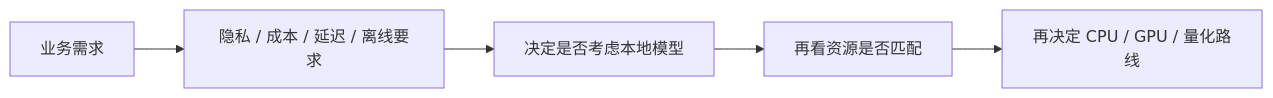
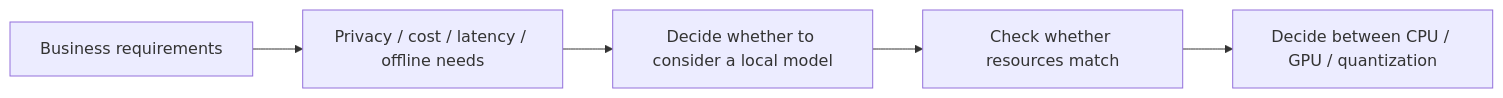
Before and after one commit to oudbiao/AI-fullstack-course: the diagram in docs/ch08-rag/ch02-deployment/01-local-models.md, drawn with Mermaid. The commit also changed other lines of this file and 1406 other files, not shown here.

````diff
--- a/docs/ch08-rag/ch02-deployment/01-local-models.md
+++ b/docs/ch08-rag/ch02-deployment/01-local-models.md
@@ -39,7 +39,7 @@
 ```mermaid
 flowchart LR
-    A["业务需求"] --> B["隐私 / 成本 / 延迟 / 离线要求"]
-    B --> C["决定是否考虑本地模型"]
-    C --> D["再看资源是否匹配"]
-    D --> E["再决定 CPU / GPU / 量化路线"]
+    A["Business requirements"] --> B["Privacy / cost / latency / offline needs"]
+    B --> C["Decide whether to consider a local model"]
+    C --> D["Check whether resources match"]
+    D --> E["Decide between CPU / GPU / quantization"]
 ```
````
